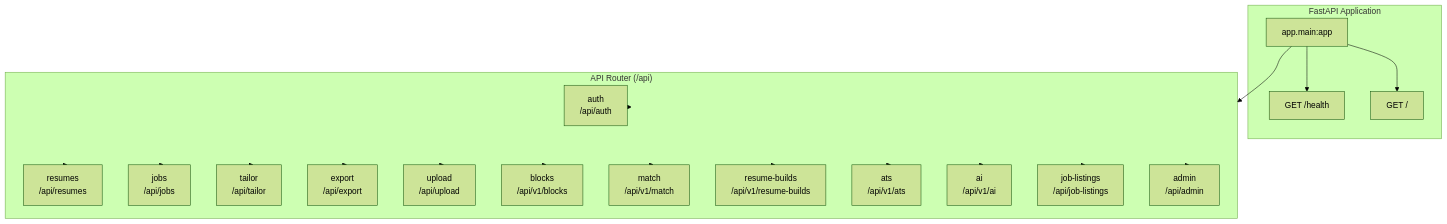
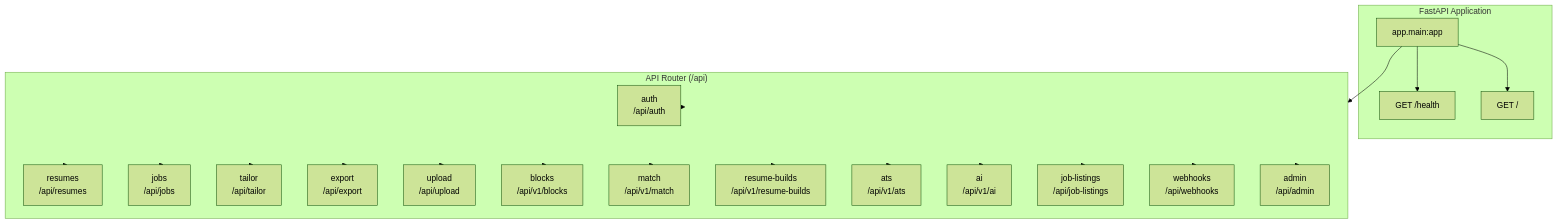
The third of 33 diagrams in docs/architecture/system-architecture.md (Sungchunn/AI-Resume-Tailor), drawn with Mermaid (forest theme) before and after one commit. The commit also changed other lines of this file, not shown here.

First line of the commit message:
docs: update system architecture with webhook integration and schema corrections

````diff
--- a/docs/architecture/system-architecture.md
+++ b/docs/architecture/system-architecture.md
@@ -172,42 +174,44 @@
 ```mermaid
 flowchart TB
     subgraph Main["FastAPI Application"]
         App["app.main:app"]
         Health["GET /health"]
         Root["GET /"]
     end
 
     subgraph APIRouter["API Router (/api)"]
         Auth["auth<br/>/api/auth"]
         Resumes["resumes<br/>/api/resumes"]
         Jobs["jobs<br/>/api/jobs"]
         Tailor["tailor<br/>/api/tailor"]
         Export["export<br/>/api/export"]
         Upload["upload<br/>/api/upload"]
         Blocks["blocks<br/>/api/v1/blocks"]
         Match["match<br/>/api/v1/match"]
         Builds["resume-builds<br/>/api/v1/resume-builds"]
         ATS["ats<br/>/api/v1/ats"]
         AIChat["ai<br/>/api/v1/ai"]
         Listings["job-listings<br/>/api/job-listings"]
+        Webhooks["webhooks<br/>/api/webhooks"]
         Admin["admin<br/>/api/admin"]
     end
 
     App --> Health
     App --> Root
     App --> APIRouter
 
     APIRouter --> Auth
     APIRouter --> Resumes
     APIRouter --> Jobs
     APIRouter --> Tailor
     APIRouter --> Export
     APIRouter --> Upload
     APIRouter --> Blocks
     APIRouter --> Match
     APIRouter --> Builds
     APIRouter --> ATS
     APIRouter --> AIChat
     APIRouter --> Listings
+    APIRouter --> Webhooks
     APIRouter --> Admin
 ```
````
